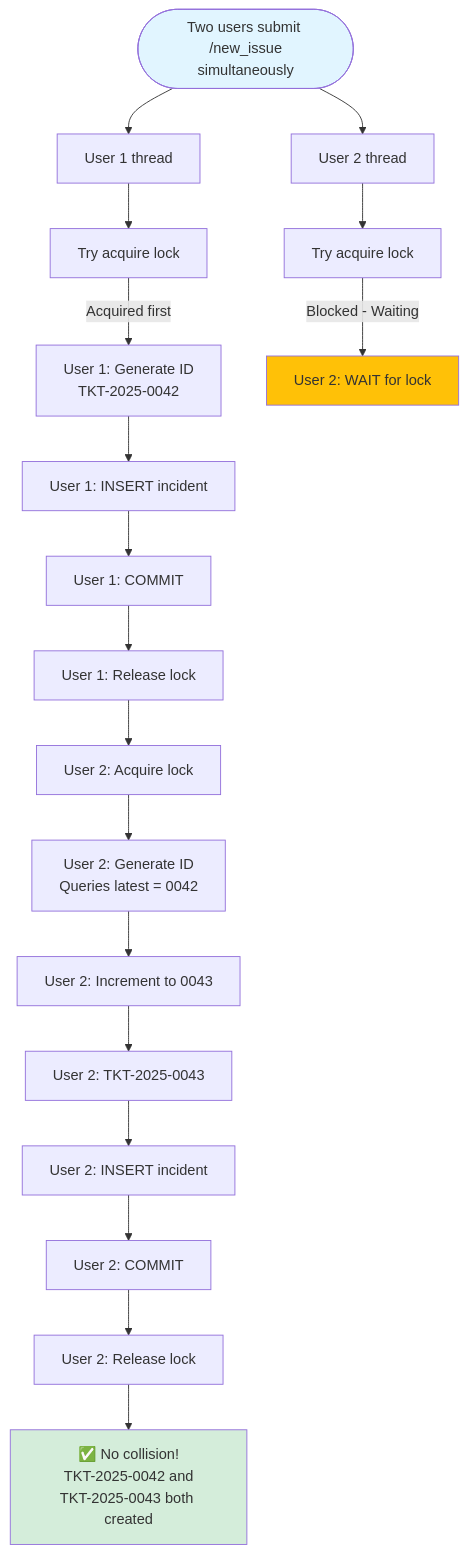
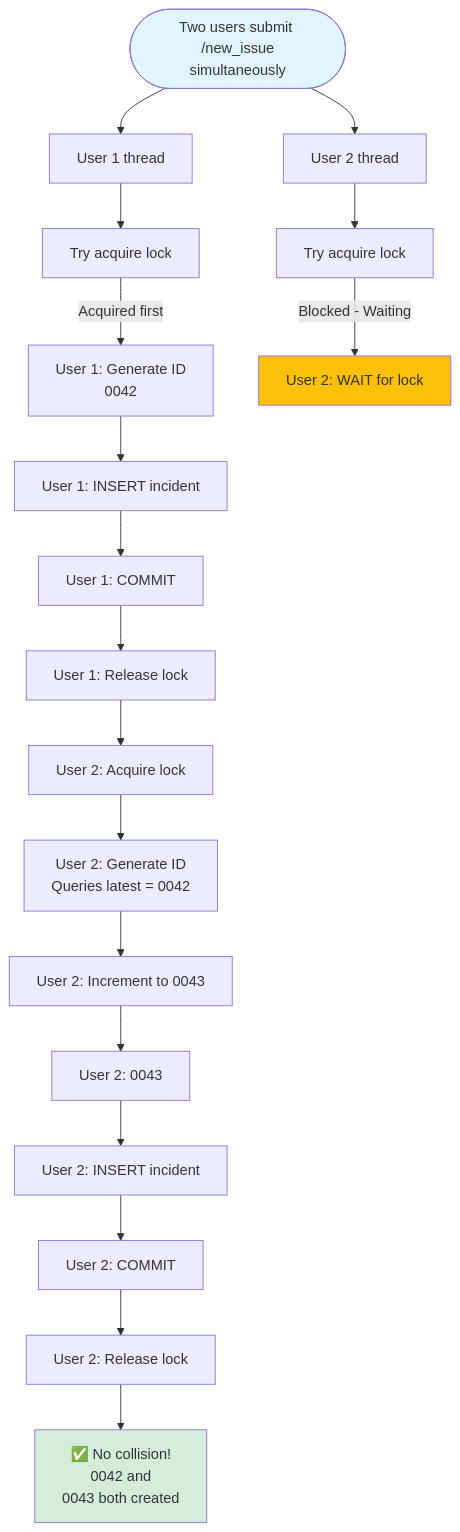
Diagram 23 of 50 in docs/new_issue_use_cases.md (ShJavokhir/raisedash-kpi-bot), drawn with Mermaid before and after one commit. The commit also changed other lines of this file, not shown here.

First line of the commit message:
docs: Update incident ID format in use cases

````diff
--- a/docs/new_issue_use_cases.md
+++ b/docs/new_issue_use_cases.md
@@ -695,29 +695,29 @@
 ```mermaid
 flowchart TD
     Start([Two users submit /new_issue<br/>simultaneously]) --> User1[User 1 thread]
     Start --> User2[User 2 thread]
 
     User1 --> Lock1[Try acquire lock]
     User2 --> Lock2[Try acquire lock]
 
-    Lock1 -->|Acquired first| U1Gen[User 1: Generate ID<br/>TKT-2025-0042]
+    Lock1 -->|Acquired first| U1Gen[User 1: Generate ID<br/>0042]
     Lock2 -->|Blocked - Waiting| U2Wait[User 2: WAIT for lock]
 
     U1Gen --> U1Insert[User 1: INSERT incident]
     U1Insert --> U1Commit[User 1: COMMIT]
     U1Commit --> U1Release[User 1: Release lock]
 
     U1Release --> U2Acquire[User 2: Acquire lock]
     U2Acquire --> U2Gen[User 2: Generate ID<br/>Queries latest = 0042]
     U2Gen --> U2Inc[User 2: Increment to 0043]
-    U2Inc --> U2Format[User 2: TKT-2025-0043]
+    U2Inc --> U2Format[User 2: 0043]
     U2Format --> U2Insert[User 2: INSERT incident]
     U2Insert --> U2Commit[User 2: COMMIT]
     U2Commit --> U2Release[User 2: Release lock]
 
-    U2Release --> Success[✅ No collision!<br/>TKT-2025-0042 and<br/>TKT-2025-0043 both created]
+    U2Release --> Success[✅ No collision!<br/>0042 and<br/>0043 both created]
 
     style Start fill:#e1f5ff
     style U2Wait fill:#ffc107
     style Success fill:#d4edda
 ```
````
